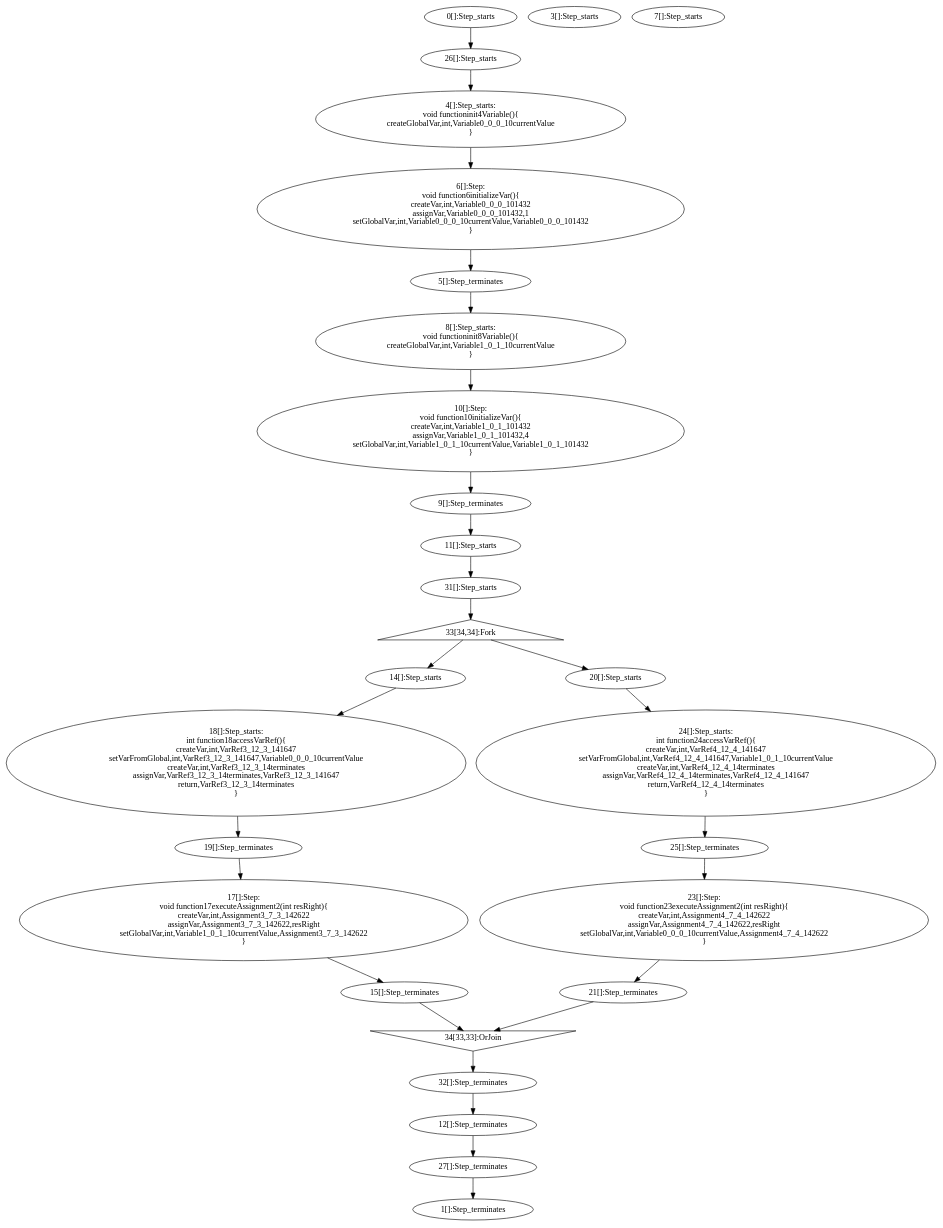
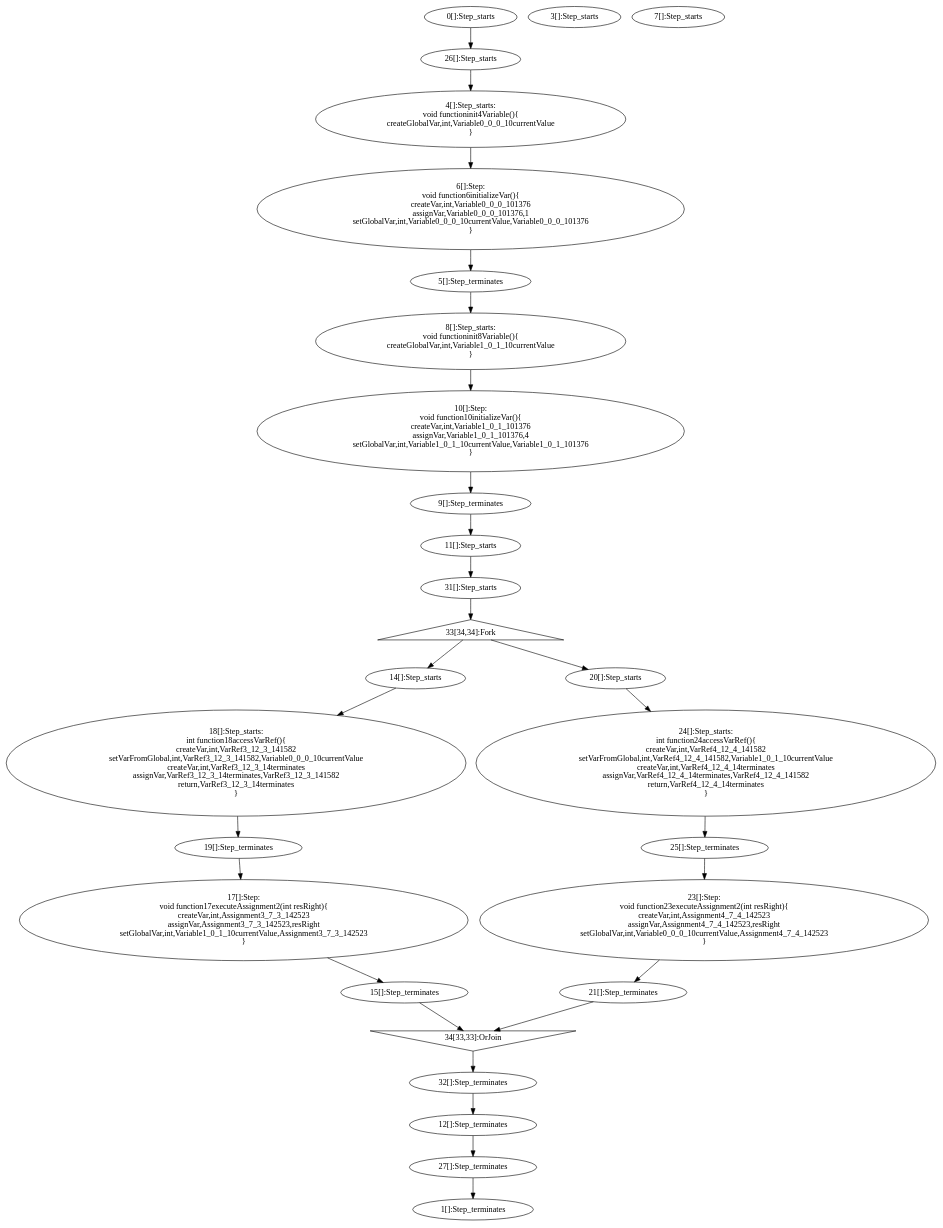
One commit to jdeantoni/TCOS.lang changed the diagram in examples/programs/generated/testSyncUID.dot. Above: the diagram before and after it, drawn with Graphviz. The commit also changed 48 other files, not shown here.

```diff
--- a/examples/programs/generated/testSyncUID.dot
+++ b/examples/programs/generated/testSyncUID.dot
@@ -1,96 +1,96 @@
 digraph G {
   "0" [label="0[]:Step_starts" shape="ellipse" ];
   "1" [label="1[]:Step_terminates" shape="ellipse" ];
   "26" [label="26[]:Step_starts" shape="ellipse" ];
   "27" [label="27[]:Step_terminates" shape="ellipse" ];
   "3" [label="3[]:Step_starts" shape="ellipse" ];
   "4" [label="4[]:Step_starts:
 void functioninit4Variable(){
 createGlobalVar,int,Variable0_0_0_10currentValue
 }" shape="ellipse" ];
   "5" [label="5[]:Step_terminates" shape="ellipse" ];
   "6" [label="6[]:Step:
 void function6initializeVar(){
-createVar,int,Variable0_0_0_101432
-assignVar,Variable0_0_0_101432,1
-setGlobalVar,int,Variable0_0_0_10currentValue,Variable0_0_0_101432
+createVar,int,Variable0_0_0_101376
+assignVar,Variable0_0_0_101376,1
+setGlobalVar,int,Variable0_0_0_10currentValue,Variable0_0_0_101376
 }" shape="ellipse" ];
   "7" [label="7[]:Step_starts" shape="ellipse" ];
   "8" [label="8[]:Step_starts:
 void functioninit8Variable(){
 createGlobalVar,int,Variable1_0_1_10currentValue
 }" shape="ellipse" ];
   "9" [label="9[]:Step_terminates" shape="ellipse" ];
   "10" [label="10[]:Step:
 void function10initializeVar(){
-createVar,int,Variable1_0_1_101432
-assignVar,Variable1_0_1_101432,4
-setGlobalVar,int,Variable1_0_1_10currentValue,Variable1_0_1_101432
+createVar,int,Variable1_0_1_101376
+assignVar,Variable1_0_1_101376,4
+setGlobalVar,int,Variable1_0_1_10currentValue,Variable1_0_1_101376
 }" shape="ellipse" ];
   "11" [label="11[]:Step_starts" shape="ellipse" ];
   "12" [label="12[]:Step_terminates" shape="ellipse" ];
   "31" [label="31[]:Step_starts" shape="ellipse" ];
   "32" [label="32[]:Step_terminates" shape="ellipse" ];
   "33" [label="33[34,34]:Fork" shape="triangle" ];
   "34" [label="34[33,33]:OrJoin" shape="invtriangle" ];
   "14" [label="14[]:Step_starts" shape="ellipse" ];
   "15" [label="15[]:Step_terminates" shape="ellipse" ];
   "17" [label="17[]:Step:
 void function17executeAssignment2(int resRight){
-createVar,int,Assignment3_7_3_142622
-assignVar,Assignment3_7_3_142622,resRight
-setGlobalVar,int,Variable1_0_1_10currentValue,Assignment3_7_3_142622
+createVar,int,Assignment3_7_3_142523
+assignVar,Assignment3_7_3_142523,resRight
+setGlobalVar,int,Variable1_0_1_10currentValue,Assignment3_7_3_142523
 }" shape="ellipse" ];
   "20" [label="20[]:Step_starts" shape="ellipse" ];
   "21" [label="21[]:Step_terminates" shape="ellipse" ];
   "23" [label="23[]:Step:
 void function23executeAssignment2(int resRight){
-createVar,int,Assignment4_7_4_142622
-assignVar,Assignment4_7_4_142622,resRight
-setGlobalVar,int,Variable0_0_0_10currentValue,Assignment4_7_4_142622
+createVar,int,Assignment4_7_4_142523
+assignVar,Assignment4_7_4_142523,resRight
+setGlobalVar,int,Variable0_0_0_10currentValue,Assignment4_7_4_142523
 }" shape="ellipse" ];
   "18" [label="18[]:Step_starts:
 int function18accessVarRef(){
-createVar,int,VarRef3_12_3_141647
-setVarFromGlobal,int,VarRef3_12_3_141647,Variable0_0_0_10currentValue
+createVar,int,VarRef3_12_3_141582
+setVarFromGlobal,int,VarRef3_12_3_141582,Variable0_0_0_10currentValue
 createVar,int,VarRef3_12_3_14terminates
-assignVar,VarRef3_12_3_14terminates,VarRef3_12_3_141647
+assignVar,VarRef3_12_3_14terminates,VarRef3_12_3_141582
 return,VarRef3_12_3_14terminates
 }" shape="ellipse" ];
   "19" [label="19[]:Step_terminates" shape="ellipse" ];
   "24" [label="24[]:Step_starts:
 int function24accessVarRef(){
-createVar,int,VarRef4_12_4_141647
-setVarFromGlobal,int,VarRef4_12_4_141647,Variable1_0_1_10currentValue
+createVar,int,VarRef4_12_4_141582
+setVarFromGlobal,int,VarRef4_12_4_141582,Variable1_0_1_10currentValue
 createVar,int,VarRef4_12_4_14terminates
-assignVar,VarRef4_12_4_14terminates,VarRef4_12_4_141647
+assignVar,VarRef4_12_4_14terminates,VarRef4_12_4_141582
 return,VarRef4_12_4_14terminates
 }" shape="ellipse" ];
   "25" [label="25[]:Step_terminates" shape="ellipse" ];
   "0" -> "26" [label=""];
   "27" -> "1" [label=""];
   "26" -> "4" [label=""];
   "5" -> "8" [label=""];
   "9" -> "11" [label=""];
   "12" -> "27" [label=""];
   "4" -> "6" [label=""];
   "6" -> "5" [label=""];
   "8" -> "10" [label=""];
   "10" -> "9" [label=""];
   "11" -> "31" [label=""];
   "32" -> "12" [label=""];
   "31" -> "33" [label=""];
   "34" -> "32" [label=""];
   "33" -> "14" [label=""];
   "15" -> "34" [label=""];
   "33" -> "20" [label=""];
   "21" -> "34" [label=""];
   "14" -> "18" [label=""];
   "19" -> "17" [label=""];
   "17" -> "15" [label=""];
   "20" -> "24" [label=""];
   "25" -> "23" [label=""];
   "23" -> "21" [label=""];
   "18" -> "19" [label=""];
   "24" -> "25" [label=""];
 }
```
